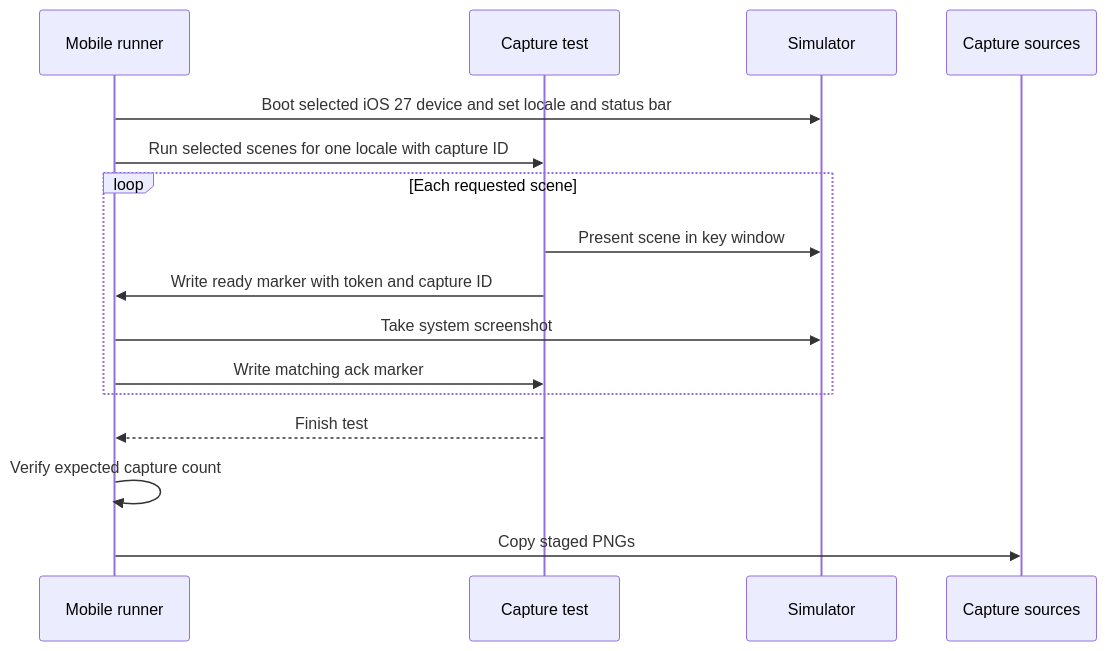
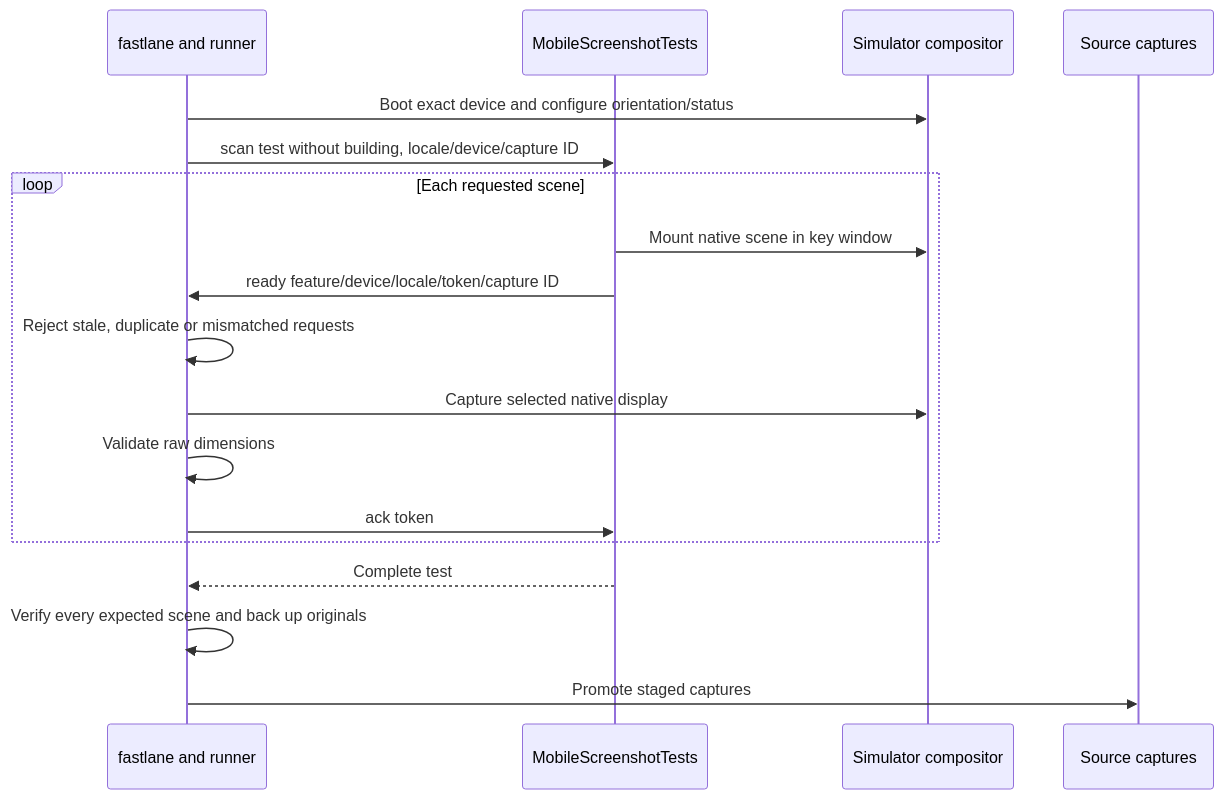
One commit to AkinoKaede/Termind changed the second of 2 diagrams in openwiki/operations/marketing-assets-and-app-icons.md. Above: the diagram before and after it, drawn with Mermaid. The commit also changed other lines of this file and 71 other files, not shown here.

````diff
--- a/openwiki/operations/marketing-assets-and-app-icons.md
+++ b/openwiki/operations/marketing-assets-and-app-icons.md
@@ -102,18 +218,20 @@
 ```mermaid
 sequenceDiagram
-    participant Runner as Mobile runner
-    participant Test as Capture test
-    participant Sim as Simulator
-    participant Sources as Capture sources
-    Runner->>Sim: Boot selected iOS 27 device and set locale and status bar
-    Runner->>Test: Run selected scenes for one locale with capture ID
+    participant Lane as fastlane and runner
+    participant Test as MobileScreenshotTests
+    participant System as Simulator compositor
+    participant Assets as Source captures
+    Lane->>System: Boot exact device and configure orientation/status
+    Lane->>Test: scan test without building, locale/device/capture ID
     loop Each requested scene
-        Test->>Sim: Present scene in key window
-        Test->>Runner: Write ready marker with token and capture ID
-        Runner->>Sim: Take system screenshot
-        Runner->>Test: Write matching ack marker
+        Test->>System: Mount native scene in key window
+        Test->>Lane: ready feature/device/locale/token/capture ID
+        Lane->>Lane: Reject stale, duplicate or mismatched requests
+        Lane->>System: Capture selected native display
+        Lane->>Lane: Validate raw dimensions
+        Lane->>Test: ack token
     end
-    Test-->>Runner: Finish test
-    Runner->>Runner: Verify expected capture count
-    Runner->>Sources: Copy staged PNGs
+    Test-->>Lane: Complete test
+    Lane->>Lane: Verify every expected scene and back up originals
+    Lane->>Assets: Promote staged captures
 ```
````
